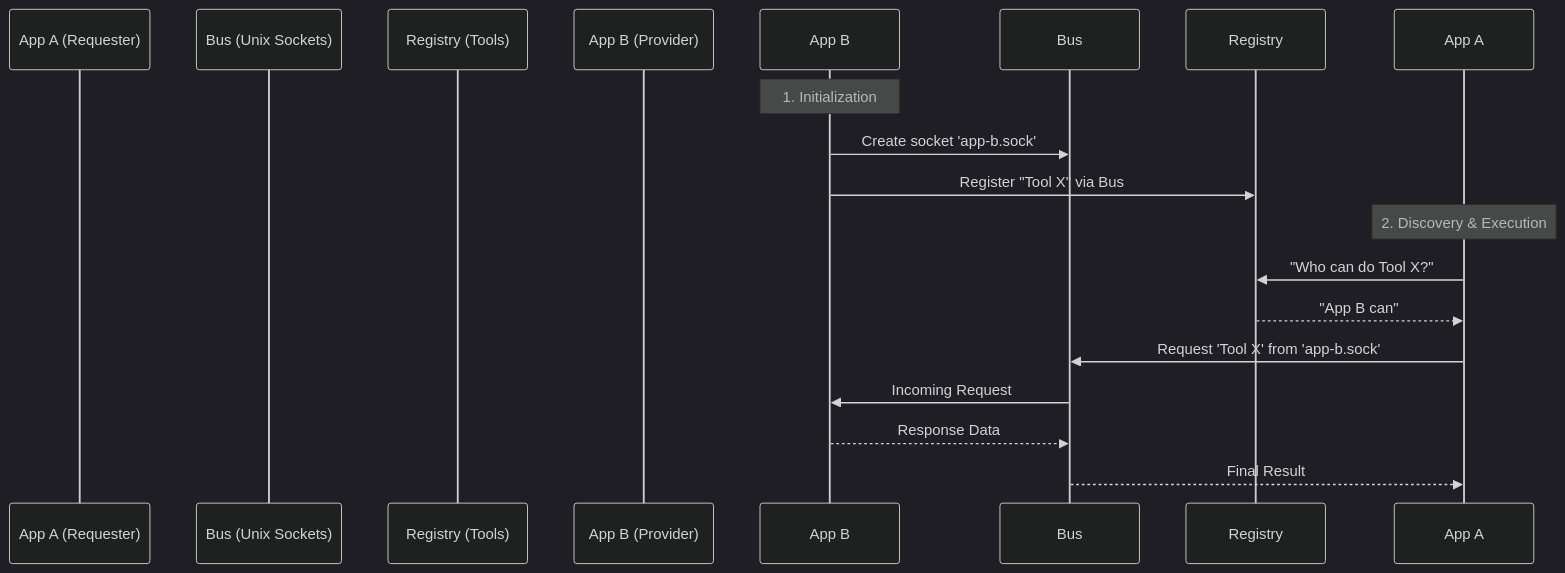
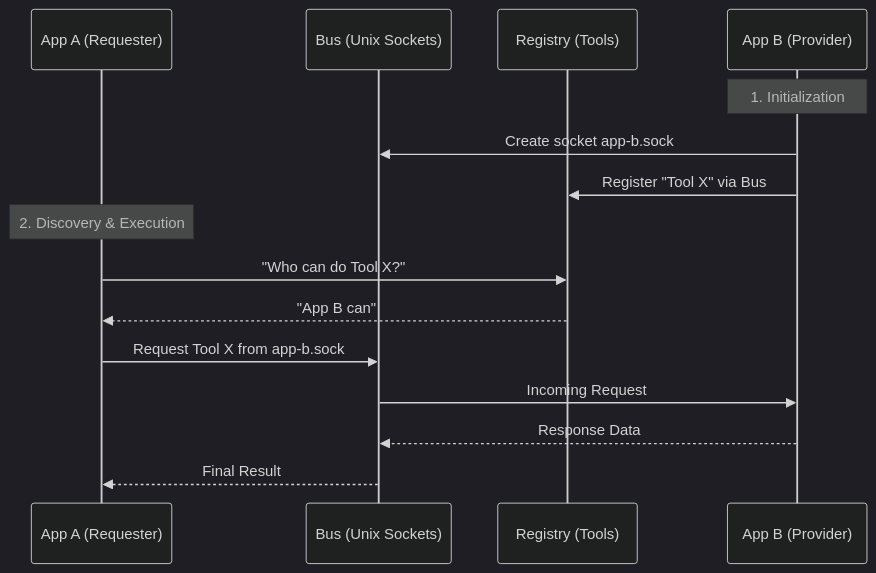
Before and after one commit to Neuxbane/PulseFlake: the diagram in README.md, drawn with Mermaid (dark theme). The commit also changed other lines of this file, not shown here.

````diff
--- a/README.md
+++ b/README.md
@@ -21,19 +67,19 @@
 ```mermaid
 sequenceDiagram
-    participant App A (Requester)
-    participant Bus (Unix Sockets)
-    participant Registry (Tools)
-    participant App B (Provider)
+    participant Requester as App A (Requester)
+    participant Bus as Bus (Unix Sockets)
+    participant Registry as Registry (Tools)
+    participant Provider as App B (Provider)
 
-    Note over App B: 1. Initialization
-    App B->>Bus: Create socket 'app-b.sock'
-    App B->>Registry: Register "Tool X" via Bus
+    Note over Provider: 1. Initialization
+    Provider->>Bus: Create socket app-b.sock
+    Provider->>Registry: Register "Tool X" via Bus
 
-    Note over App A: 2. Discovery & Execution
-    App A->>Registry: "Who can do Tool X?"
-    Registry-->>App A: "App B can"
-    App A->>Bus: Request 'Tool X' from 'app-b.sock'
-    Bus->>App B: Incoming Request
-    App B-->>Bus: Response Data
-    Bus-->>App A: Final Result
+    Note over Requester: 2. Discovery & Execution
+    Requester->>Registry: "Who can do Tool X?"
+    Registry-->>Requester: "App B can"
+    Requester->>Bus: Request Tool X from app-b.sock
+    Bus->>Provider: Incoming Request
+    Provider-->>Bus: Response Data
+    Bus-->>Requester: Final Result
 ```
````
